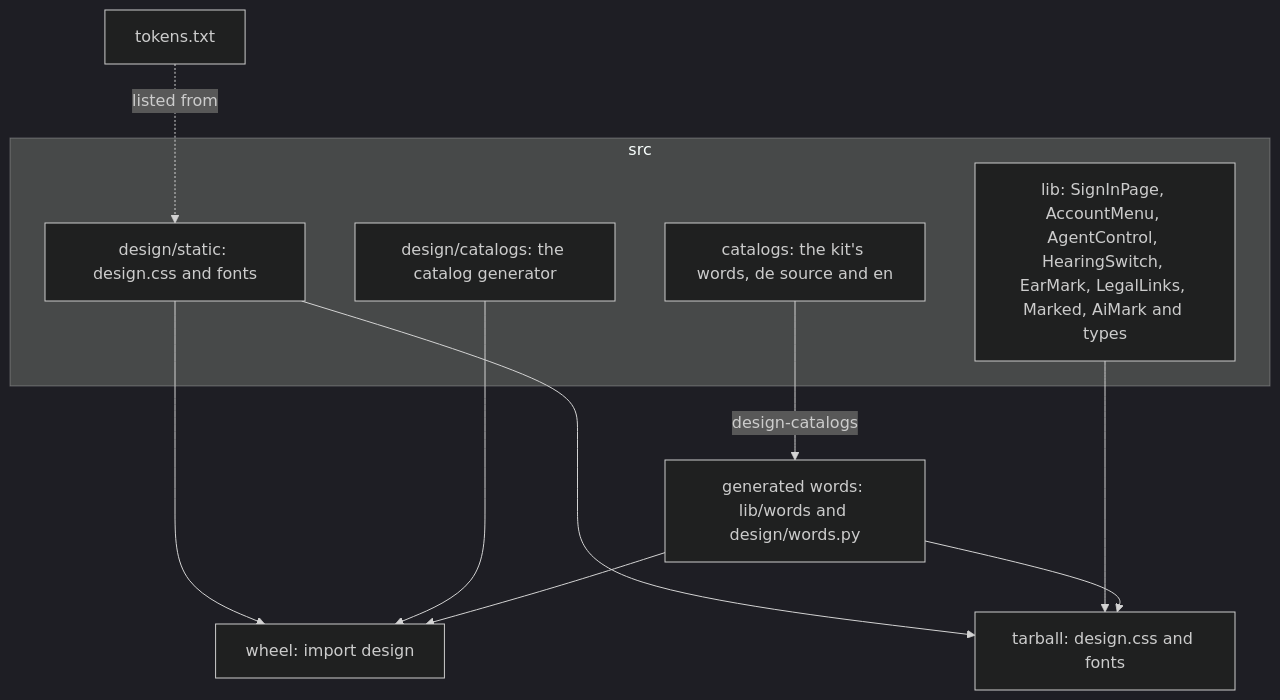
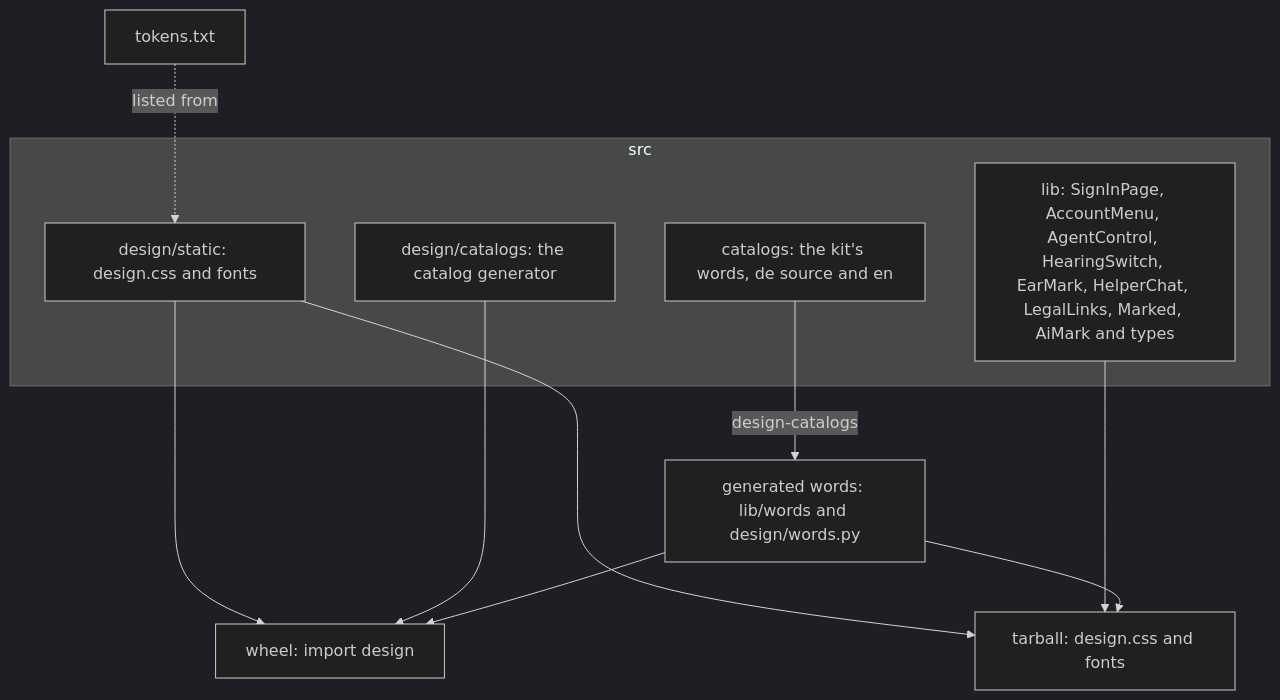
One commit to overnightworks/appkit changed the second of 3 diagrams in docs/ARCHITECTURE.md. Above: the diagram before and after it, drawn with Mermaid (dark theme). The commit also changed other lines of this file and 19 other files, not shown here.

First line of the commit message:
Add the HelperChat component (#224)

````diff
--- a/docs/ARCHITECTURE.md
+++ b/docs/ARCHITECTURE.md
@@ -34,17 +34,17 @@
 ```mermaid
 flowchart TB
   subgraph source[src]
     css[design/static: design.css and fonts]
-    comp[lib: SignInPage, AccountMenu, AgentControl, HearingSwitch, EarMark, LegalLinks, Marked, AiMark and types]
+    comp[lib: SignInPage, AccountMenu, AgentControl, HearingSwitch, EarMark, HelperChat, LegalLinks, Marked, AiMark and types]
     gen[design/catalogs: the catalog generator]
     cat[catalogs: the kit's words, de source and en]
   end
   cat -- design-catalogs --> words[generated words: lib/words and design/words.py]
   css --> wheel[wheel: import design]
   gen --> wheel
   words --> wheel
   css --> tgz[tarball: design.css and fonts]
   comp --> tgz
   words --> tgz
   tokens[tokens.txt] -. listed from .-> css
 ```
````
